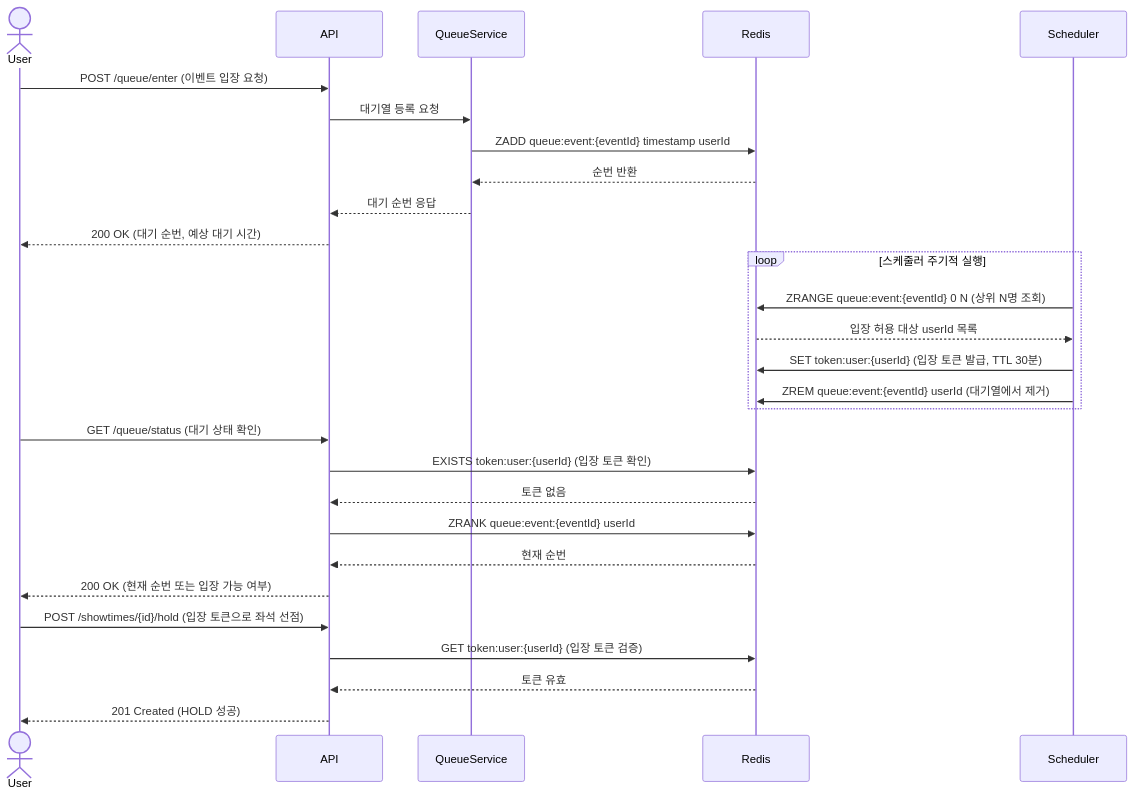
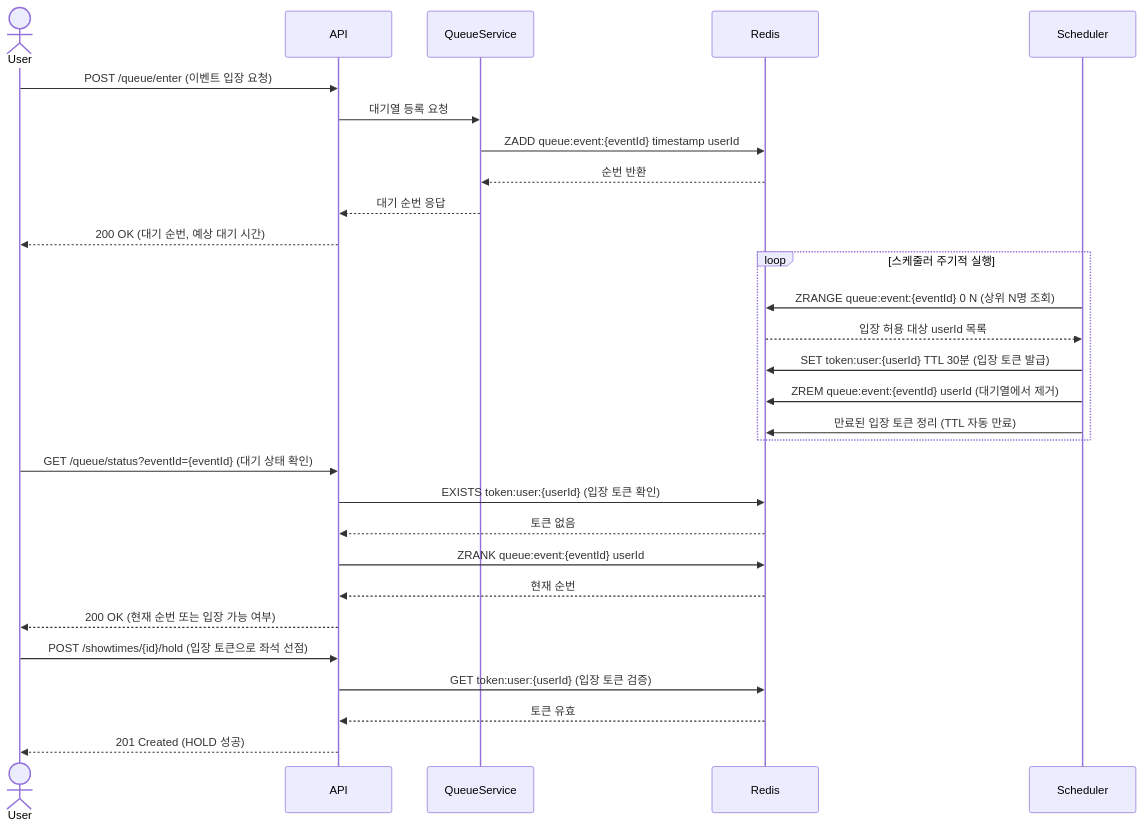
One commit to seungpil97/ticketing-reservation-service changed the second of 3 diagrams in docs/architecture/README.md. Above: the diagram before and after it, drawn with Mermaid. The commit also changed other lines of this file and 21 other files, not shown here.

````diff
--- a/docs/architecture/README.md
+++ b/docs/architecture/README.md
@@ -50,34 +48,35 @@
 ```mermaid
 sequenceDiagram
     actor User
     participant API
     participant QueueService
     participant Redis
     participant Scheduler
 
     User->>API: POST /queue/enter (이벤트 입장 요청)
     API->>QueueService: 대기열 등록 요청
     QueueService->>Redis: ZADD queue:event:{eventId} timestamp userId
     Redis-->>QueueService: 순번 반환
     QueueService-->>API: 대기 순번 응답
     API-->>User: 200 OK (대기 순번, 예상 대기 시간)
 
     loop 스케줄러 주기적 실행
         Scheduler->>Redis: ZRANGE queue:event:{eventId} 0 N (상위 N명 조회)
         Redis-->>Scheduler: 입장 허용 대상 userId 목록
-        Scheduler->>Redis: SET token:user:{userId} (입장 토큰 발급, TTL 30분)
+        Scheduler->>Redis: SET token:user:{userId} TTL 30분 (입장 토큰 발급)
         Scheduler->>Redis: ZREM queue:event:{eventId} userId (대기열에서 제거)
+        Scheduler->>Redis: 만료된 입장 토큰 정리 (TTL 자동 만료)
     end
 
-    User->>API: GET /queue/status (대기 상태 확인)
+    User->>API: GET /queue/status?eventId={eventId} (대기 상태 확인)
     API->>Redis: EXISTS token:user:{userId} (입장 토큰 확인)
     Redis-->>API: 토큰 없음
     API->>Redis: ZRANK queue:event:{eventId} userId
     Redis-->>API: 현재 순번
     API-->>User: 200 OK (현재 순번 또는 입장 가능 여부)
 
     User->>API: POST /showtimes/{id}/hold (입장 토큰으로 좌석 선점)
     API->>Redis: GET token:user:{userId} (입장 토큰 검증)
     Redis-->>API: 토큰 유효
     API-->>User: 201 Created (HOLD 성공)
 ```
````
